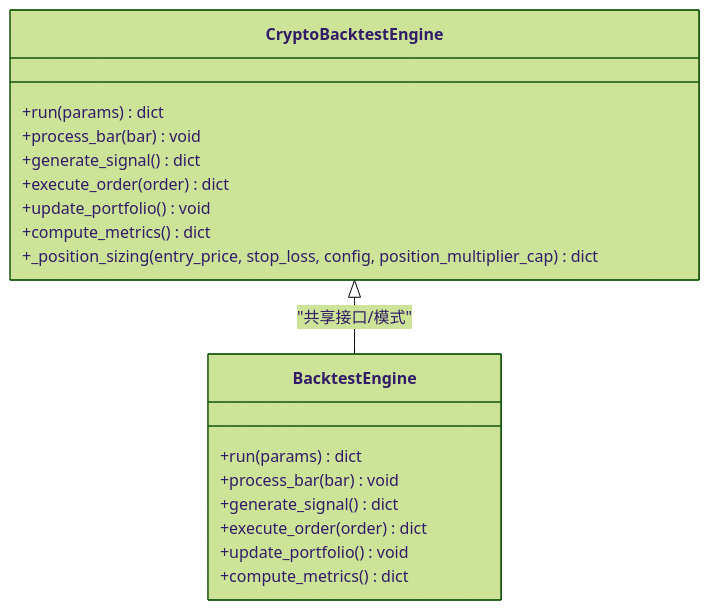
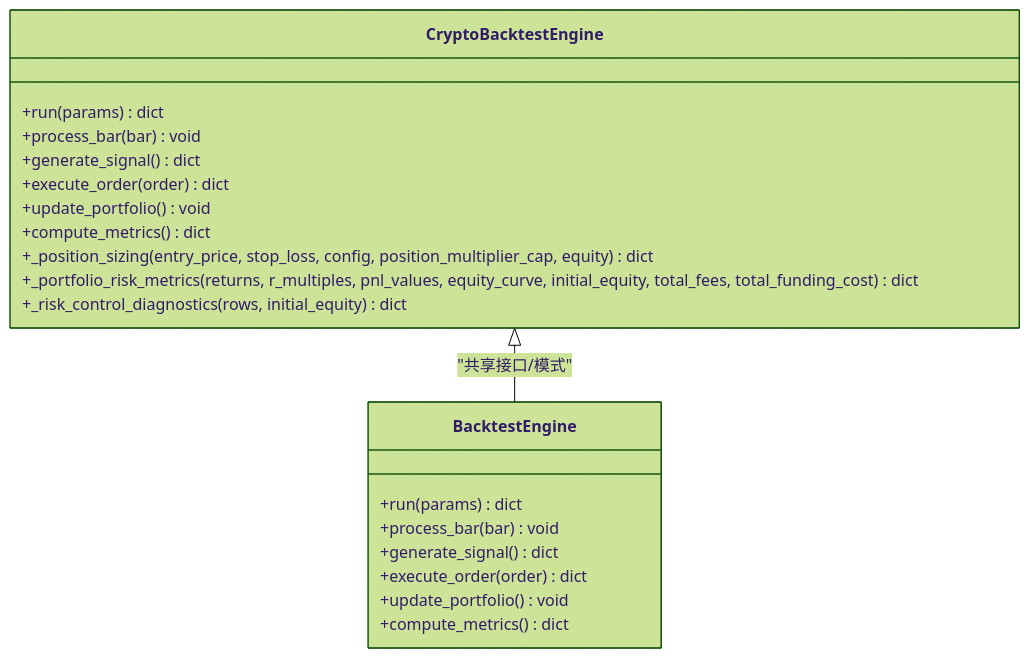
Before and after one commit to anYaoooo/daily_stock_analysis: the fourth of 10 diagrams in .qoder/repowiki/zh/content/交易策略系统/回测引擎/回测引擎.md, drawn with Mermaid (forest theme). The commit also changed other lines of this file and 140 other files, not shown here.

````diff
--- a/.qoder/repowiki/zh/content/交易策略系统/回测引擎/回测引擎.md
+++ b/.qoder/repowiki/zh/content/交易策略系统/回测引擎/回测引擎.md
@@ -233,21 +242,23 @@
 ```mermaid
 classDiagram
 class CryptoBacktestEngine {
 +run(params) dict
 +process_bar(bar) void
 +generate_signal() dict
 +execute_order(order) dict
 +update_portfolio() void
 +compute_metrics() dict
-+_position_sizing(entry_price, stop_loss, config, position_multiplier_cap) dict
++_position_sizing(entry_price, stop_loss, config, position_multiplier_cap, equity) dict
++_portfolio_risk_metrics(returns, r_multiples, pnl_values, equity_curve, initial_equity, total_fees, total_funding_cost) dict
++_risk_control_diagnostics(rows, initial_equity) dict
 }
 class BacktestEngine {
 +run(params) dict
 +process_bar(bar) void
 +generate_signal() dict
 +execute_order(order) dict
 +update_portfolio() void
 +compute_metrics() dict
 }
 CryptoBacktestEngine <|-- BacktestEngine : "共享接口/模式"
 ```
````
